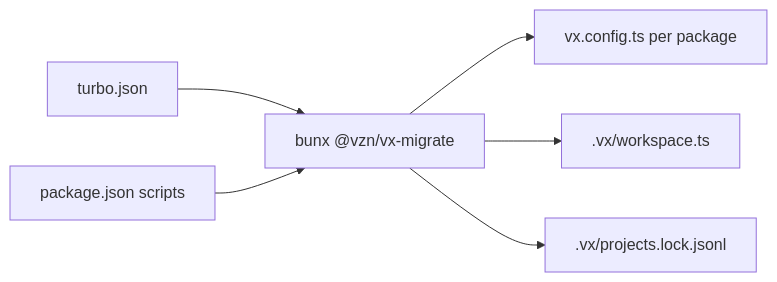
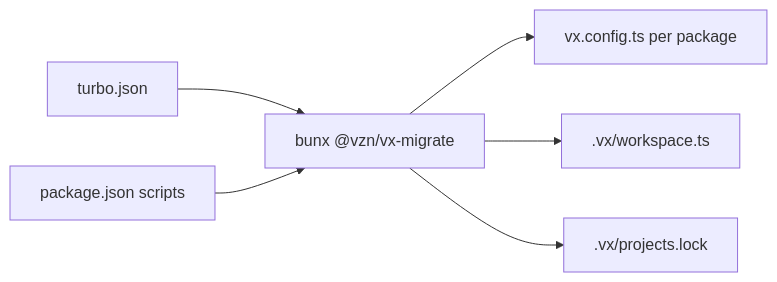
One commit to vznjs/vx changed the diagram in private/vx-docs/src/content/docs/blog/from-turborepo.md. Above: the diagram before and after it, drawn with Mermaid. The commit also changed other lines of this file and 125 other files, not shown here.

First line of the commit message:
refactor(cli)!: drop the lock merge driver, name it .vx/projects.lock

````diff
--- a/private/vx-docs/src/content/docs/blog/from-turborepo.md
+++ b/private/vx-docs/src/content/docs/blog/from-turborepo.md
@@ -51,8 +51,8 @@
 ```mermaid
 flowchart LR
   T[turbo.json] --> M[bunx @vzn/vx-migrate]
   P[package.json scripts] --> M
   M --> C[vx.config.ts per package]
   M --> W[.vx/workspace.ts]
-  M --> L[.vx/projects.lock.jsonl]
+  M --> L[.vx/projects.lock]
 ```
````
